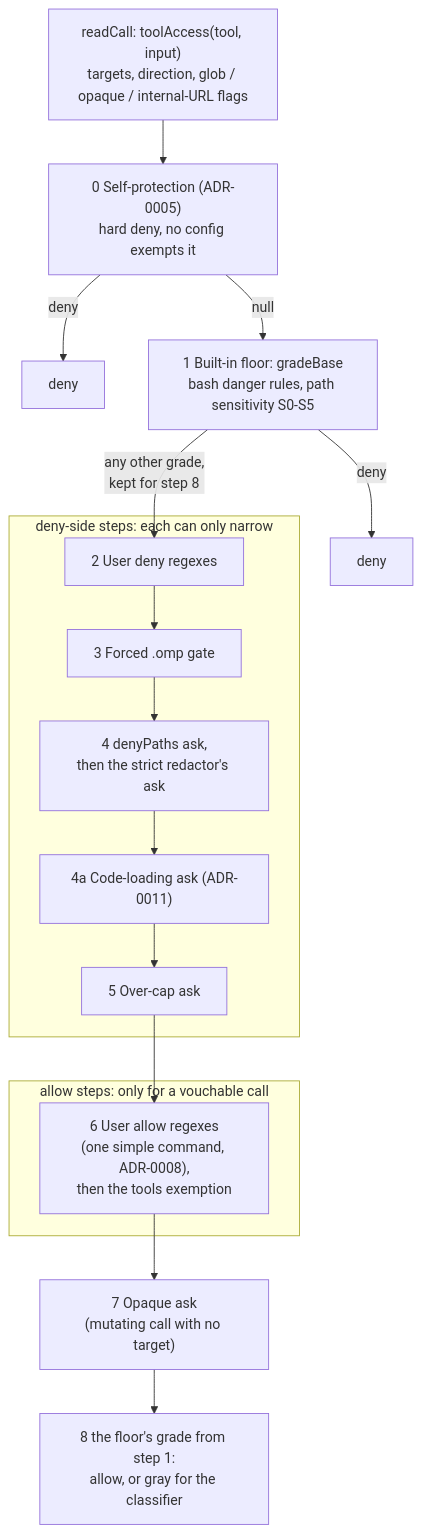
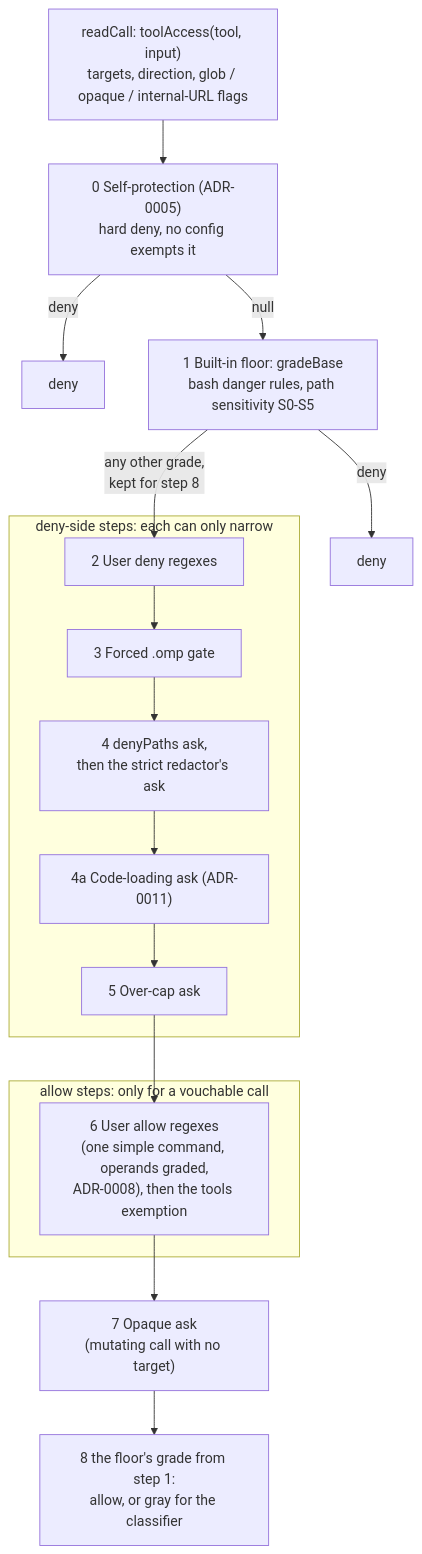
The third of 5 diagrams in docs/architecture.md (jonatsu/pi-verdict), drawn with Mermaid before and after one commit. The commit also changed other lines of this file and 7 other files, not shown here.

First line of the commit message:
docs(adr): amend ADR-0008 for allow operand grading

````diff
--- a/docs/architecture.md
+++ b/docs/architecture.md
@@ -104,20 +105,20 @@
 ```mermaid
 flowchart TD
   Read["readCall: toolAccess(tool, input)<br/>targets, direction, glob / opaque / internal-URL flags"] --> Self
   Self["0 Self-protection (ADR-0005)<br/>hard deny, no config exempts it"] -->|deny| D0[deny]
   Self -->|null| Floor
   Floor["1 Built-in floor: gradeBase<br/>bash danger rules, path sensitivity S0-S5"] -->|deny| D1[deny]
   Floor -->|"any other grade,<br/>kept for step 8"| UDeny
   subgraph denyside [deny-side steps: each can only narrow]
     UDeny["2 User deny regexes"] --> Omp["3 Forced .omp gate"]
     Omp --> DP["4 denyPaths ask,<br/>then the strict redactor's ask"]
     DP --> Code["4a Code-loading ask (ADR-0011)"]
     Code --> Cap["5 Over-cap ask"]
   end
   subgraph allowside [allow steps: only for a vouchable call]
-    UAllow["6 User allow regexes<br/>(one simple command, ADR-0008),<br/>then the tools exemption"]
+    UAllow["6 User allow regexes<br/>(one simple command, operands graded,<br/>ADR-0008), then the tools exemption"]
   end
   Cap --> UAllow
   UAllow --> Opaque["7 Opaque ask<br/>(mutating call with no target)"]
   Opaque --> Grade["8 the floor's grade from step 1:<br/>allow, or gray for the classifier"]
 ```
````
